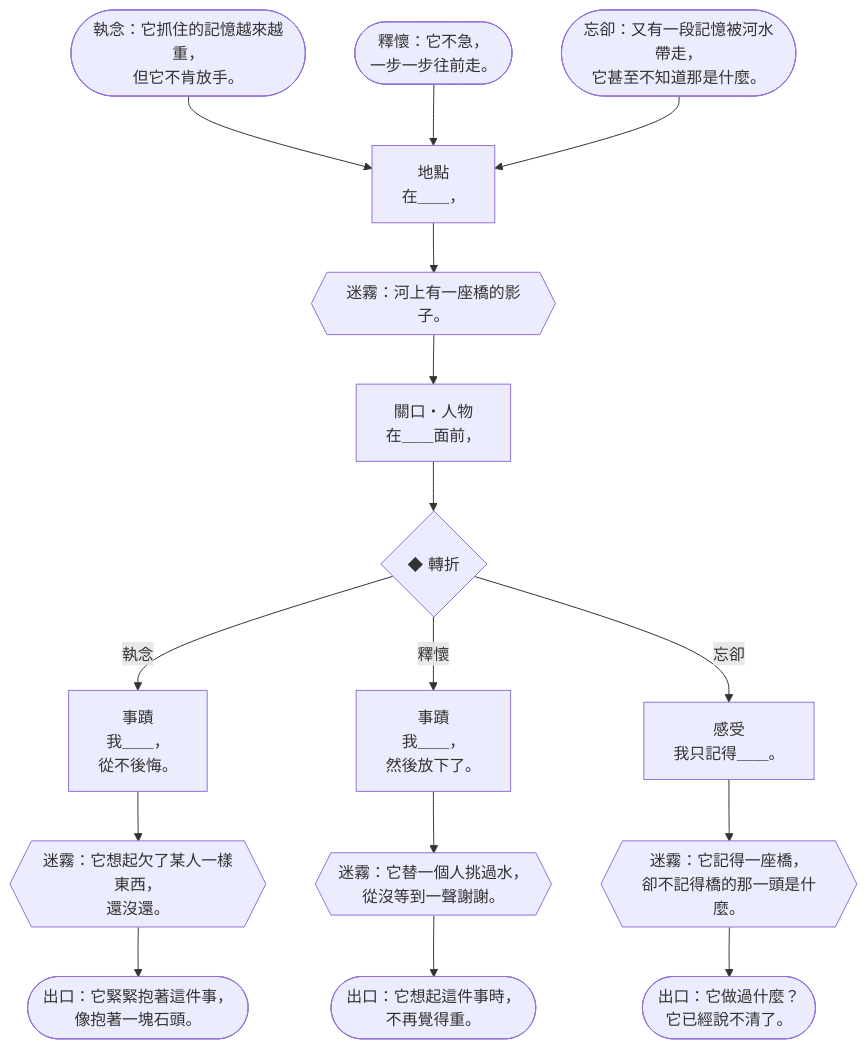
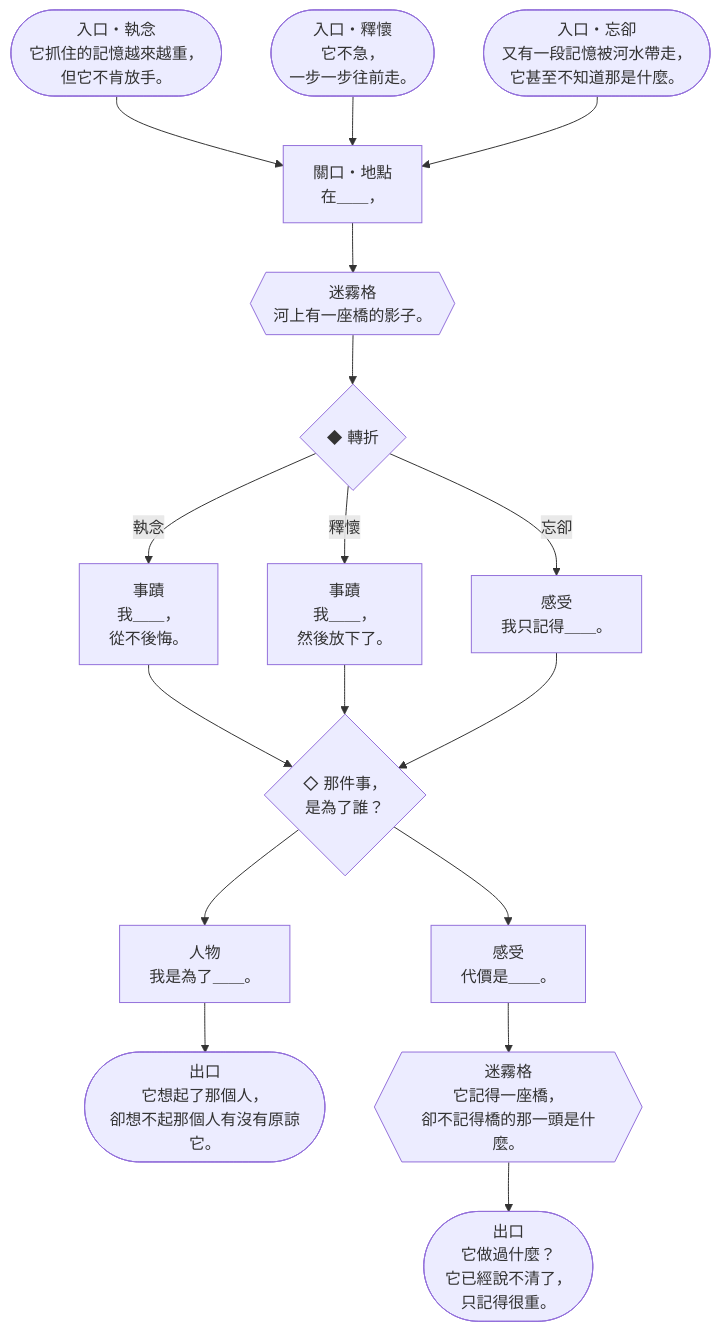
One commit to Ralph-Liu-Hub/Boardgame-Netherbloom changed diagram 14 of 15 in docs/design/V5-storybooks.zh-TW.md. Above: the diagram before and after it, drawn with Mermaid. The commit also changed other lines of this file, not shown here.

````diff
--- a/docs/design/V5-storybooks.zh-TW.md
+++ b/docs/design/V5-storybooks.zh-TW.md
@@ -834,11 +1136,31 @@
 ```mermaid
 flowchart TD
-  c1E0(["執念：它抓住的記憶越來越重，<br>但它不肯放手。"]) --> c1A
-  c1E1(["釋懷：它不急，<br>一步一步往前走。"]) --> c1A
-  c1E2(["忘卻：又有一段記憶被河水帶走，<br>它甚至不知道那是什麼。"]) --> c1A
-  c1A["地點<br>在＿＿，"] --> c1M{{"迷霧：河上有一座橋的影子。"}}
-  c1M --> c1B["關口・人物<br>在＿＿面前，"] --> c1T{"◆ 轉折"}
-  c1T -- 執念 --> c1C0["事蹟<br>我＿＿，<br>從不後悔。"] --> c1X0{{"迷霧：它想起欠了某人一樣東西，<br>還沒還。"}} --> c1O0(["出口：它緊緊抱著這件事，<br>像抱著一塊石頭。"])
-  c1T -- 釋懷 --> c1C1["事蹟<br>我＿＿，<br>然後放下了。"] --> c1X1{{"迷霧：它替一個人挑過水，<br>從沒等到一聲謝謝。"}} --> c1O1(["出口：它想起這件事時，<br>不再覺得重。"])
-  c1T -- 忘卻 --> c1C2["感受<br>我只記得＿＿。"] --> c1X2{{"迷霧：它記得一座橋，<br>卻不記得橋的那一頭是什麼。"}} --> c1O2(["出口：它做過什麼？<br>它已經說不清了。"])
+  c1E0(["入口・執念<br>它抓住的記憶越來越重，<br>但它不肯放手。"]) --> c1a
+  c1E1(["入口・釋懷<br>它不急，<br>一步一步往前走。"]) --> c1a
+  c1E2(["入口・忘卻<br>又有一段記憶被河水帶走，<br>它甚至不知道那是什麼。"]) --> c1a
+  c1a["關口・地點<br>在＿＿，"]
+  c1a --> c1x1
+  c1x1{{"迷霧格<br>河上有一座橋的影子。"}}
+  c1x1 --> c1f
+  c1f{"◆ 轉折"}
+  c1f -- 執念 --> c1c1
+  c1f -- 釋懷 --> c1c2
+  c1f -- 忘卻 --> c1c3
+  c1c1["事蹟<br>我＿＿，<br>從不後悔。"]
+  c1c1 --> c1p1
+  c1c2["事蹟<br>我＿＿，<br>然後放下了。"]
+  c1c2 --> c1p1
+  c1c3["感受<br>我只記得＿＿。"]
+  c1c3 --> c1p1
+  c1p1{"◇ 那件事，<br>是為了誰？"}
+  c1p1 --> c1d1
+  c1p1 --> c1d2
+  c1d1["人物<br>我是為了＿＿。"]
+  c1d1 --> c1o1
+  c1d2["感受<br>代價是＿＿。"]
+  c1d2 --> c1x2
+  c1x2{{"迷霧格<br>它記得一座橋，<br>卻不記得橋的那一頭是什麼。"}}
+  c1x2 --> c1o2
+  c1o1(["出口<br>它想起了那個人，<br>卻想不起那個人有沒有原諒它。"])
+  c1o2(["出口<br>它做過什麼？<br>它已經說不清了，<br>只記得很重。"])
 ```
````
